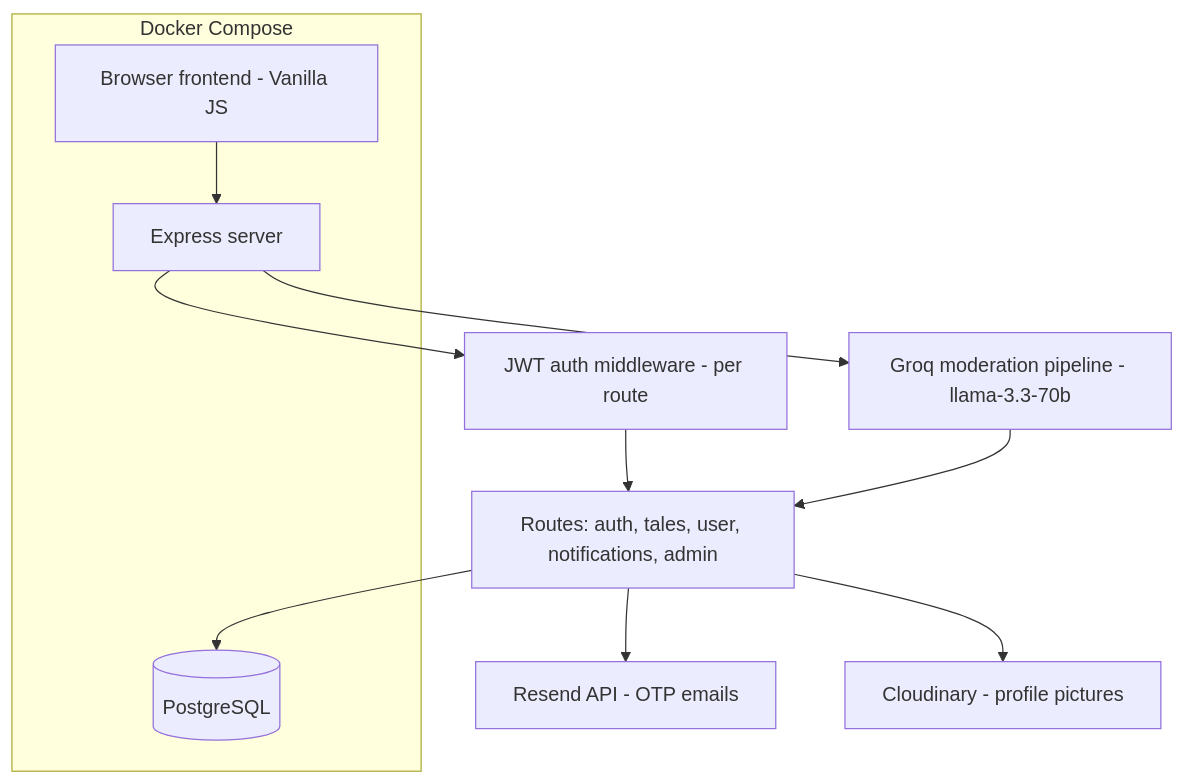
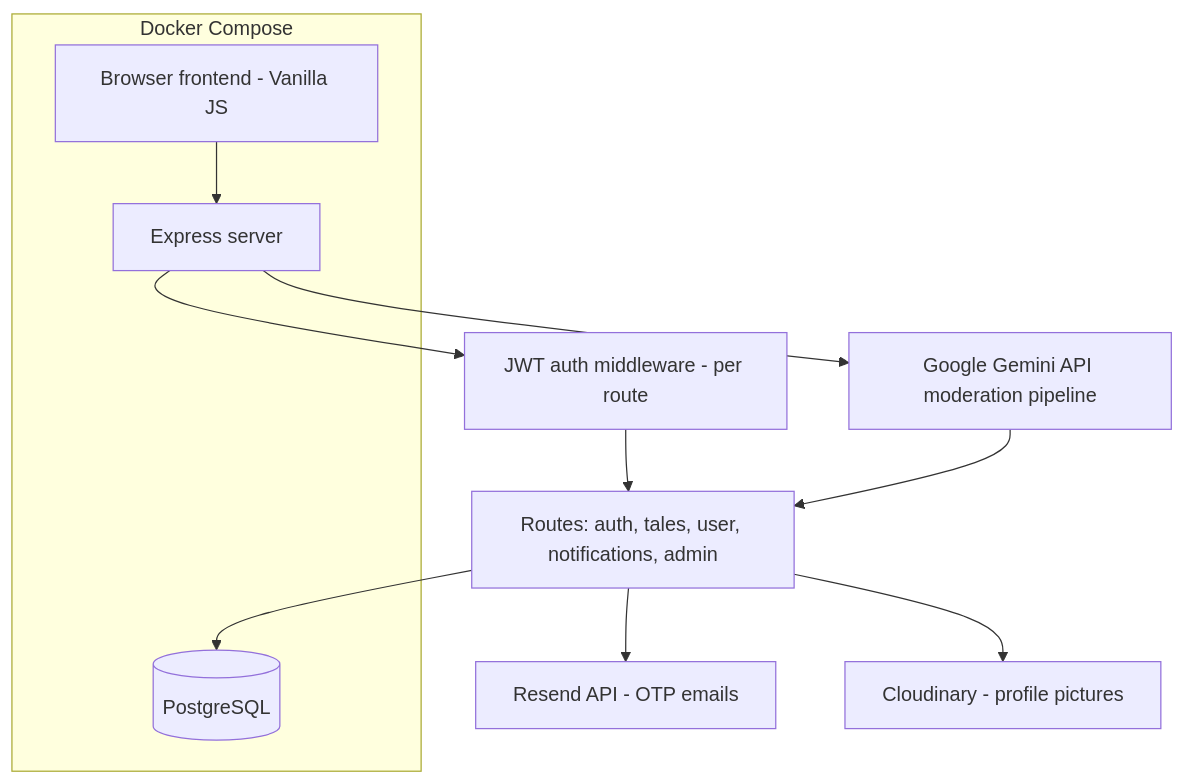
One commit to vaishnaviiii96/gitam-tales changed the diagram in README.md. Above: the diagram before and after it, drawn with Mermaid. The commit also changed other lines of this file, not shown here.

Commit message:
Update architecture diagram to match Gemini API usage

````diff
--- a/README.md
+++ b/README.md
@@ -21,16 +21,16 @@
 ```mermaid
 flowchart TD
     A[Browser frontend - Vanilla JS] --> B[Express server]
     B --> C[JWT auth middleware - per route]
-    B --> D[Groq moderation pipeline - llama-3.3-70b]
+    B --> D[Google Gemini API moderation pipeline]
     C --> E[Routes: auth, tales, user, notifications, admin]
     D --> E
     E --> F[(PostgreSQL)]
     E --> G[Resend API - OTP emails]
     E --> H[Cloudinary - profile pictures]
     subgraph Docker Compose
       A
       B
       F
     end
 ```
````
